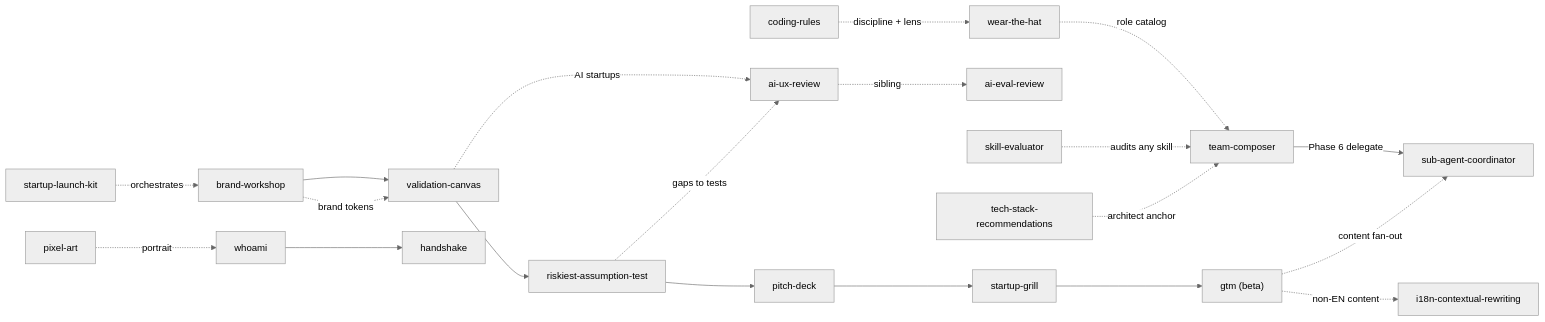
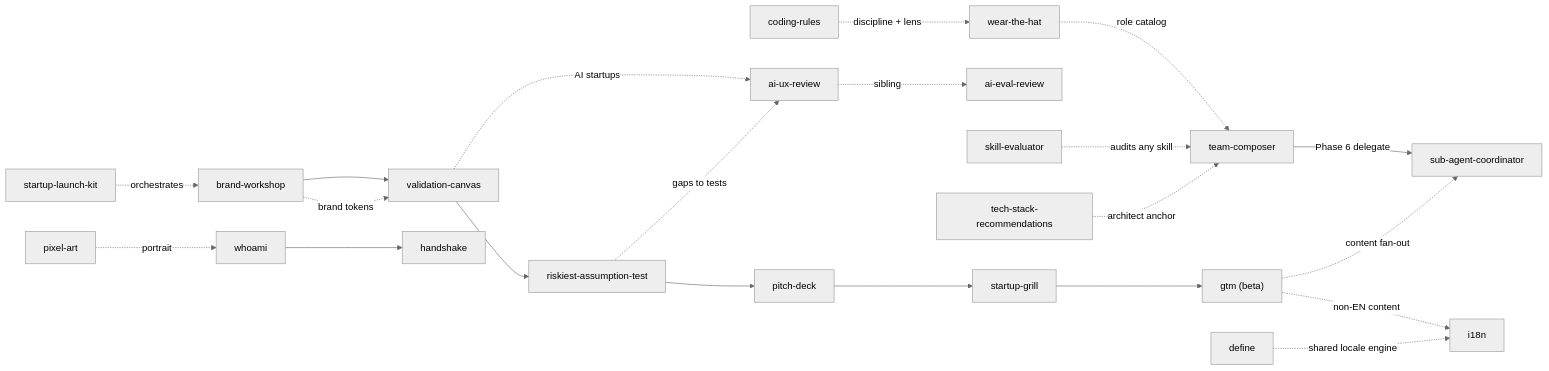
Before and after one commit to sorawit-w/agent-skills: the diagram in docs/skill-graph.md, drawn with Mermaid (neutral theme). The commit also changed other lines of this file and 29 other files, not shown here.

First line of the commit message:
release: v4.0.0 — rename i18n-contextual-rewriting to i18n, add define skill

````diff
--- a/docs/skill-graph.md
+++ b/docs/skill-graph.md
@@ -35,27 +36,28 @@
 ```mermaid
 graph LR
   %% Startup pipeline (solid = gated handoff)
   BW[brand-workshop] --> VC[validation-canvas] --> RAT[riskiest-assumption-test] --> PD[pitch-deck] --> SG[startup-grill] --> GTM["gtm (beta)"]
   SLK[startup-launch-kit] -.->|orchestrates| BW
 
   %% Delegation pipeline
   TC[team-composer] -->|Phase 6 delegate| SAC[sub-agent-coordinator]
 
   %% AI-review siblings
   AUX[ai-ux-review] -.->|sibling| AEV[ai-eval-review]
 
   %% Personalization
   WAI[whoami] --> HS[handshake]
 
   %% Key cross-edges (dashed = pairs-with / consumes / suggests)
   WTH[wear-the-hat] -.->|role catalog| TC
   BW -.->|brand tokens| VC
   VC -.->|AI startups| AUX
   RAT -.->|gaps to tests| AUX
   GTM -.->|content fan-out| SAC
-  GTM -.->|non-EN content| I18N[i18n-contextual-rewriting]
+  GTM -.->|non-EN content| I18N[i18n]
+  DEF[define] -.->|shared locale engine| I18N
   PXL[pixel-art] -.->|portrait| WAI
   SE[skill-evaluator] -.->|audits any skill| TC
   CR[coding-rules] -.->|discipline + lens| WTH
   TSR[tech-stack-recommendations] -.->|architect anchor| TC
 ```
````
